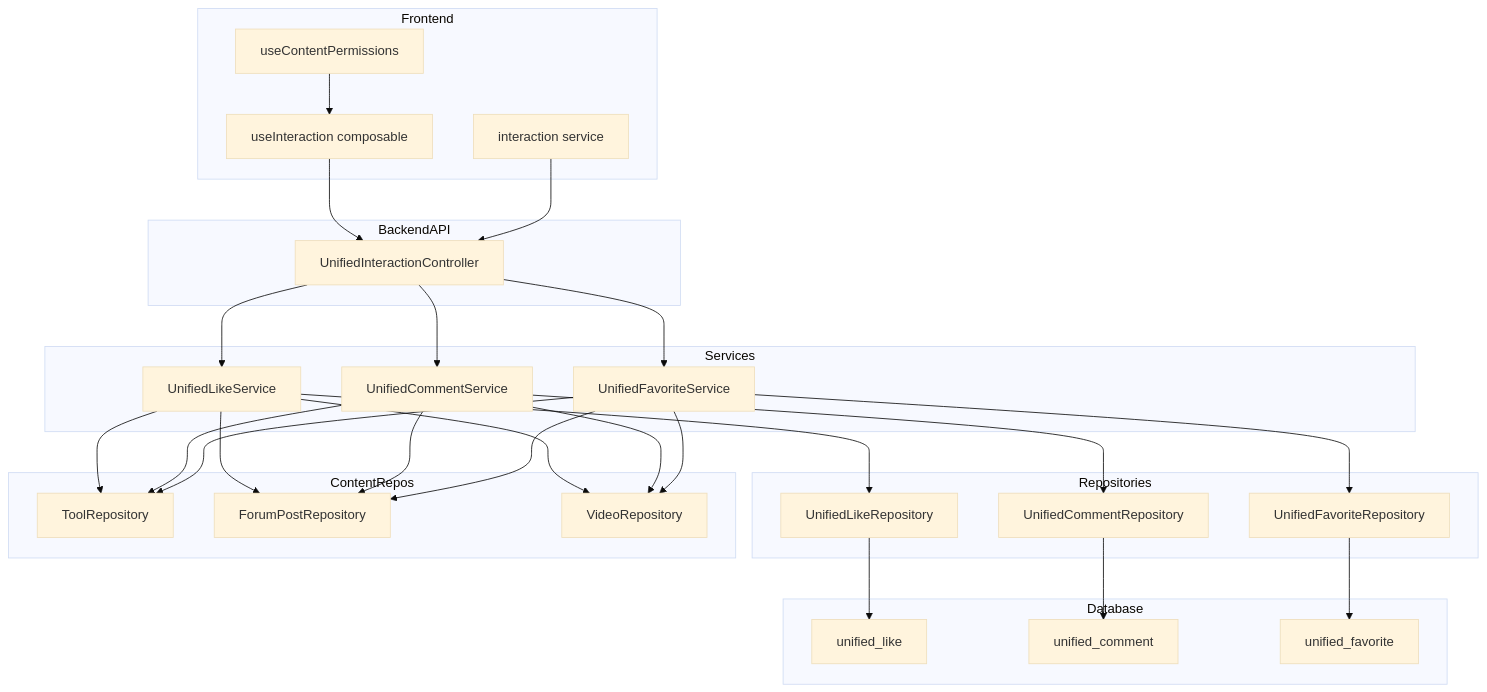
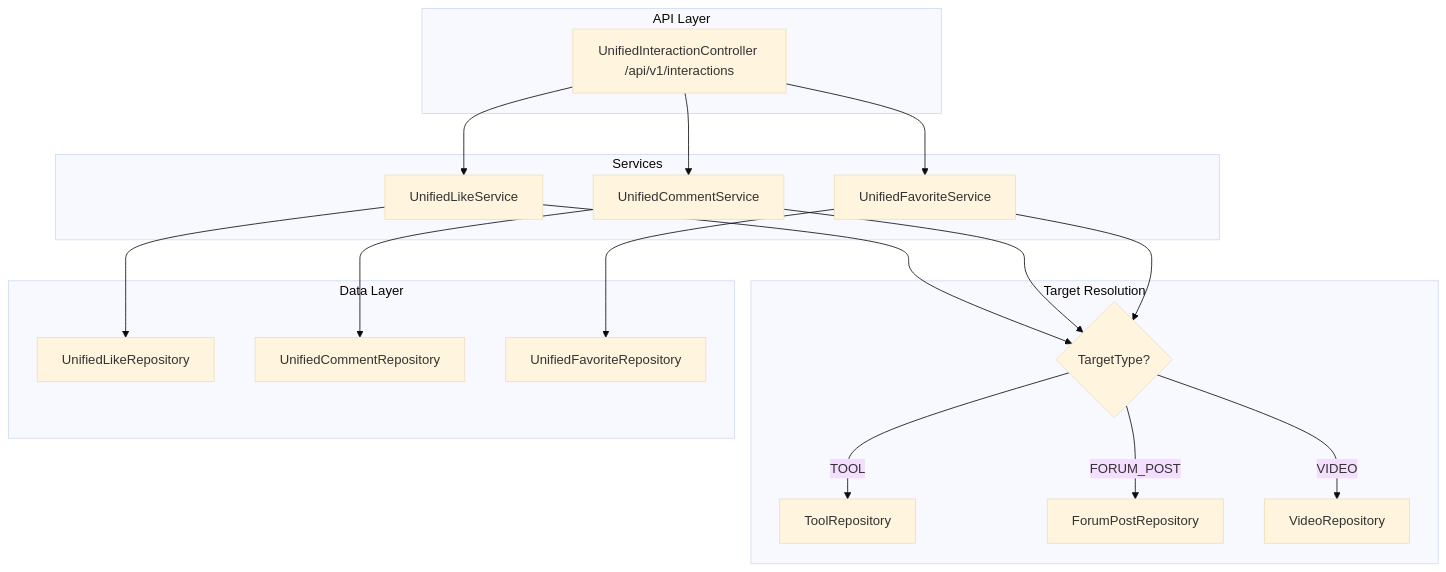
Before and after one commit to mambo-wang/CodingHub: the first of 2 diagrams in repowiki/统一互动.md, drawn with Mermaid (base theme). The commit also changed other lines of this file and 24 other files, not shown here.

````diff
--- a/repowiki/统一互动.md
+++ b/repowiki/统一互动.md
@@ -20,58 +9,24 @@
 ```mermaid
 graph TD
-    subgraph Frontend
-        A[useInteraction composable]
-        B[interaction service]
-        C[useContentPermissions]
+    subgraph API Layer
+        A[UnifiedInteractionController /api/v1/interactions]
     end
-
-    subgraph BackendAPI
-        D[UnifiedInteractionController]
+    subgraph Services
+        A --> B[UnifiedLikeService]
+        A --> C[UnifiedCommentService]
+        A --> D[UnifiedFavoriteService]
     end
-
-    subgraph Services
-        E[UnifiedLikeService]
-        F[UnifiedCommentService]
-        G[UnifiedFavoriteService]
+    subgraph Target Resolution
+        B --> E{TargetType?}
+        C --> E
+        D --> E
+        E -->|TOOL| F[ToolRepository]
+        E -->|FORUM_POST| G[ForumPostRepository]
+        E -->|VIDEO| H[VideoRepository]
     end
-
-    subgraph Repositories
-        H[UnifiedLikeRepository]
-        I[UnifiedCommentRepository]
-        J[UnifiedFavoriteRepository]
+    subgraph Data Layer
+        B --> I[UnifiedLikeRepository]
+        C --> J[UnifiedCommentRepository]
+        D --> K[UnifiedFavoriteRepository]
     end
-
-    subgraph ContentRepos
-        K[ToolRepository]
-        L[ForumPostRepository]
-        M[VideoRepository]
-    end
-
-    subgraph Database
-        N[unified_like]
-        O[unified_comment]
-        P[unified_favorite]
-    end
-
-    A --> D
-    B --> D
-    C --> A
-    D --> E
-    D --> F
-    D --> G
-    E --> H
-    F --> I
-    G --> J
-    E --> K
-    E --> L
-    E --> M
-    F --> K
-    F --> L
-    F --> M
-    G --> K
-    G --> L
-    G --> M
-    H --> N
-    I --> O
-    J --> P
 ```
````
